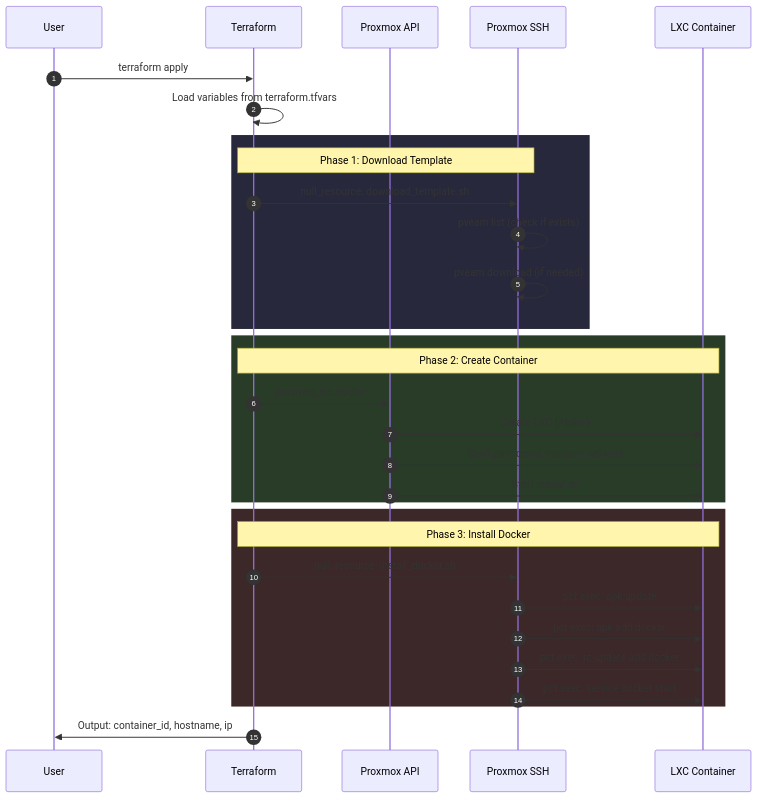
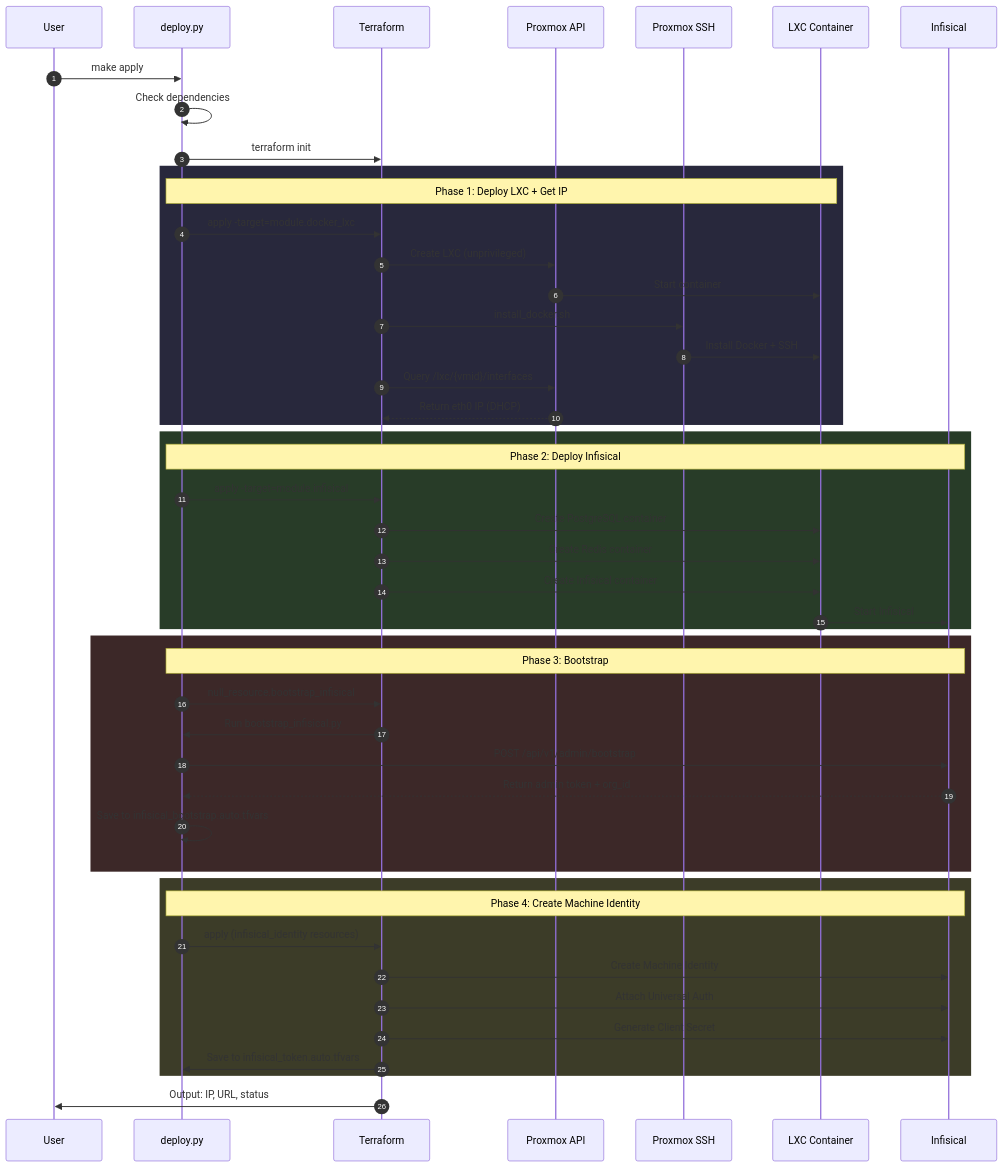
One commit to aroldobossoni/selfhost changed the second of 2 diagrams in docs/ARCHITECTURE.md. Above: the diagram before and after it, drawn with Mermaid. The commit also changed other lines of this file and 4 other files, not shown here.

````diff
--- a/docs/ARCHITECTURE.md
+++ b/docs/ARCHITECTURE.md
@@ -72,38 +90,55 @@
 ```mermaid
 sequenceDiagram
     autonumber
     participant U as User
+    participant D as deploy.py
     participant TF as Terraform
     participant API as Proxmox API
     participant SSH as Proxmox SSH
     participant LXC as LXC Container
+    participant INF as Infisical
 
-    U->>TF: terraform apply
-    TF->>TF: Load variables from terraform.tfvars
+    U->>D: make apply
+    D->>D: Check dependencies
+    D->>TF: terraform init
     
     rect rgb(40, 40, 60)
-        Note over TF,SSH: Phase 1: Download Template
-        TF->>SSH: null_resource: download_template.sh
-        SSH->>SSH: pveam list (check if exists)
-        SSH->>SSH: pveam download (if needed)
+        Note over D,LXC: Phase 1: Deploy LXC + Get IP
+        D->>TF: apply -target=module.docker_lxc
+        TF->>API: Create LXC (unprivileged)
+        API->>LXC: Start container
+        TF->>SSH: install_docker.sh
+        SSH->>LXC: Install Docker + SSH
+        TF->>API: Query /lxc/{vmid}/interfaces
+        API-->>TF: Return eth0 IP (DHCP)
     end
 
     rect rgb(40, 60, 40)
-        Note over TF,LXC: Phase 2: Create Container
-        TF->>API: proxmox_lxc.docker
-        API->>LXC: Create LXC (Alpine)
-        API->>LXC: Configure: cores, memory, network
-        API->>LXC: Start container
+        Note over D,INF: Phase 2: Deploy Infisical
+        D->>TF: apply -target=module.infisical
+        TF->>LXC: Create PostgreSQL container
+        TF->>LXC: Create Redis container
+        TF->>LXC: Create Infisical container
+        LXC->>INF: Start Infisical
     end
 
     rect rgb(60, 40, 40)
-        Note over TF,LXC: Phase 3: Install Docker
-        TF->>SSH: null_resource: install_docker.sh
-        SSH->>LXC: pct exec: apk update
-        SSH->>LXC: pct exec: apk add docker
-        SSH->>LXC: pct exec: rc-update add docker
-        SSH->>LXC: pct exec: service docker start
+        Note over D,INF: Phase 3: Bootstrap
+        D->>TF: null_resource.bootstrap_infisical
+        TF->>D: Run bootstrap_infisical.py
+        D->>INF: POST /api/v1/admin/bootstrap
+        INF-->>D: Return admin token + org_id
+        D->>D: Save to infisical_bootstrap.auto.tfvars
     end
 
-    TF->>U: Output: container_id, hostname, ip
+    rect rgb(60, 60, 40)
+        Note over D,INF: Phase 4: Create Machine Identity
+        D->>TF: apply (infisical_identity resources)
+        TF->>INF: Create Machine Identity
+        TF->>INF: Attach Universal Auth
+        TF->>INF: Generate Client Secret
+        TF->>D: Save to infisical_token.auto.tfvars
+    end
+
+    TF->>U: Output: IP, URL, status
 ```
````
